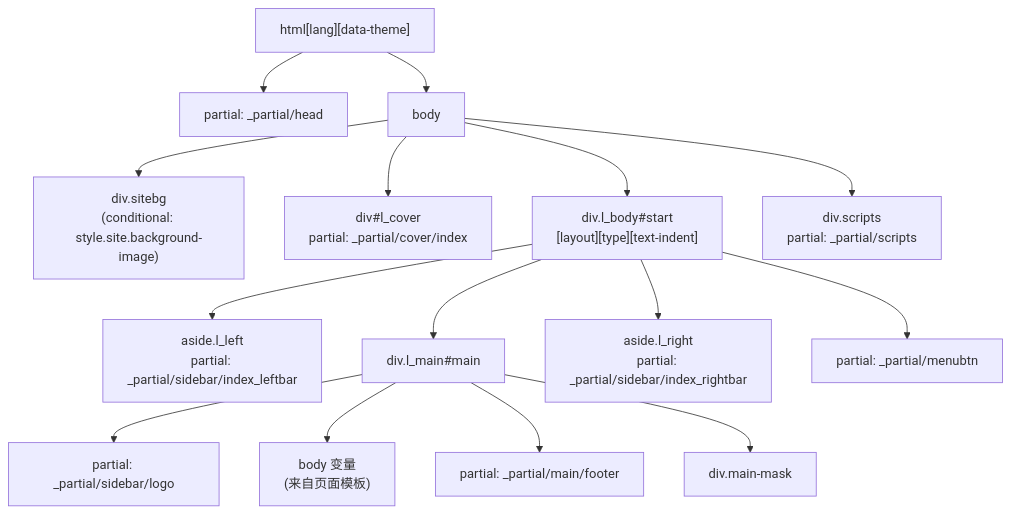
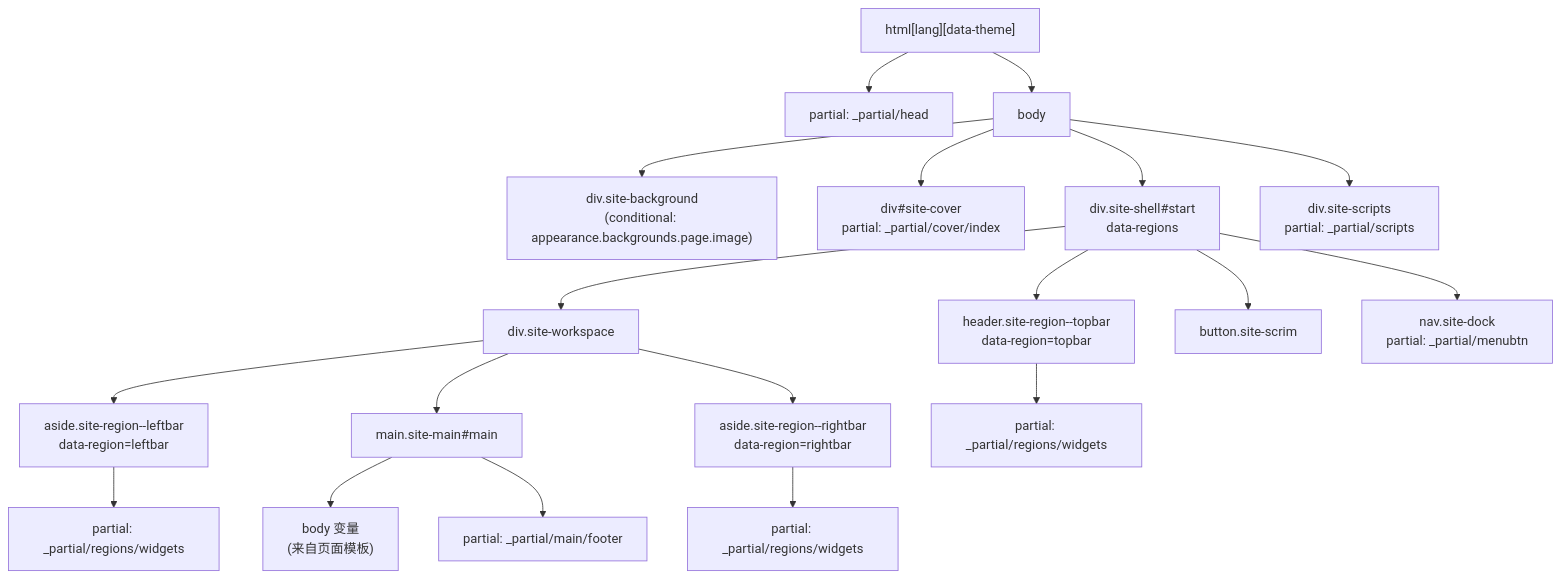
One commit to xaoxuu/hexo-theme-stellar changed the second of 5 diagrams in docs/knowledge/02-布局系统/page-templates-routing.md. Above: the diagram before and after it, drawn with Mermaid. The commit also changed other lines of this file and 861 other files, not shown here.

````diff
--- a/docs/knowledge/02-布局系统/page-templates-routing.md
+++ b/docs/knowledge/02-布局系统/page-templates-routing.md
@@ -72,17 +75,21 @@
 ```mermaid
 flowchart TD
     HTML["html[lang][data-theme]"] --> HEAD["partial: _partial/head"]
     HTML --> BODY["body"]
-    BODY --> SITEBG["div.sitebg\n(conditional: style.site.background-image)"]
-    BODY --> LCOVER["div#l_cover\npartial: _partial/cover/index"]
-    BODY --> LBODY["div.l_body#start\n[layout][type][text-indent]"]
-    BODY --> SCRIPTS["div.scripts\npartial: _partial/scripts"]
-    LBODY --> LLEFT["aside.l_left\npartial: _partial/sidebar/index_leftbar"]
-    LBODY --> LMAIN["div.l_main#main"]
-    LBODY --> LRIGHT["aside.l_right\npartial: _partial/sidebar/index_rightbar"]
-    LBODY --> MENUBTN["partial: _partial/menubtn"]
-    LMAIN --> LOGO["partial: _partial/sidebar/logo"]
-    LMAIN --> BODYCONTENT["body 变量\n(来自页面模板)"]
-    LMAIN --> FOOTER["partial: _partial/main/footer"]
-    LMAIN --> MASK["div.main-mask"]
+    BODY --> SITEBG["div.site-background\n(conditional: appearance.backgrounds.page.image)"]
+    BODY --> COVER["div#site-cover\npartial: _partial/cover/index"]
+    BODY --> SHELL["div.site-shell#start\ndata-regions"]
+    BODY --> SCRIPTS["div.site-scripts\npartial: _partial/scripts"]
+    SHELL --> TOPBAR["header.site-region--topbar\ndata-region=topbar"]
+    SHELL --> WORKSPACE["div.site-workspace"]
+    WORKSPACE --> LEFTBAR["aside.site-region--leftbar\ndata-region=leftbar"]
+    WORKSPACE --> MAIN["main.site-main#main"]
+    WORKSPACE --> RIGHTBAR["aside.site-region--rightbar\ndata-region=rightbar"]
+    SHELL --> SCRIM["button.site-scrim"]
+    SHELL --> DOCK["nav.site-dock\npartial: _partial/menubtn"]
+    TOPBAR --> TOPWIDGETS["partial: _partial/regions/widgets"]
+    LEFTBAR --> LEFTWIDGETS["partial: _partial/regions/widgets"]
+    RIGHTBAR --> RIGHTWIDGETS["partial: _partial/regions/widgets"]
+    MAIN --> BODYCONTENT["body 变量\n(来自页面模板)"]
+    MAIN --> FOOTER["partial: _partial/main/footer"]
 ```
````
